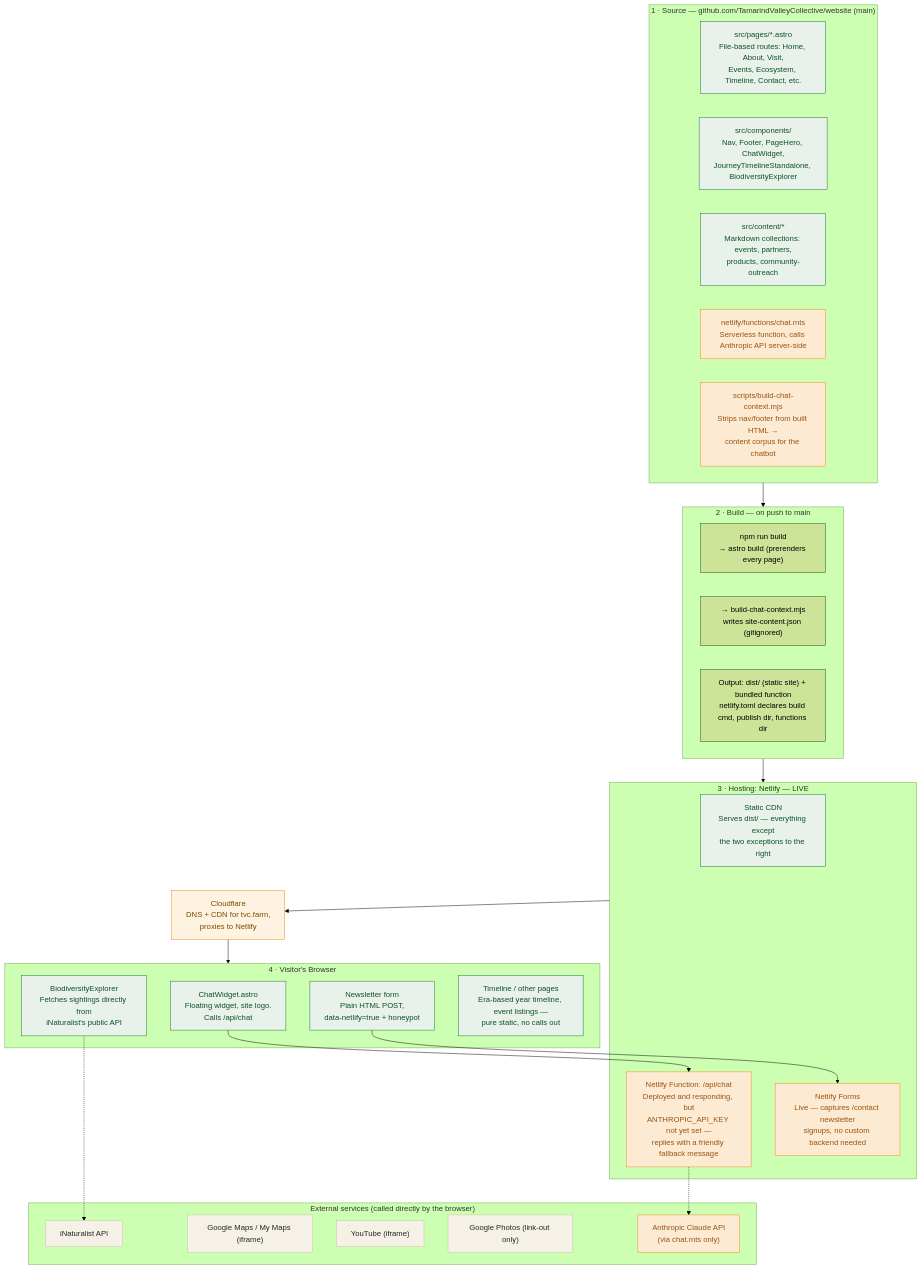
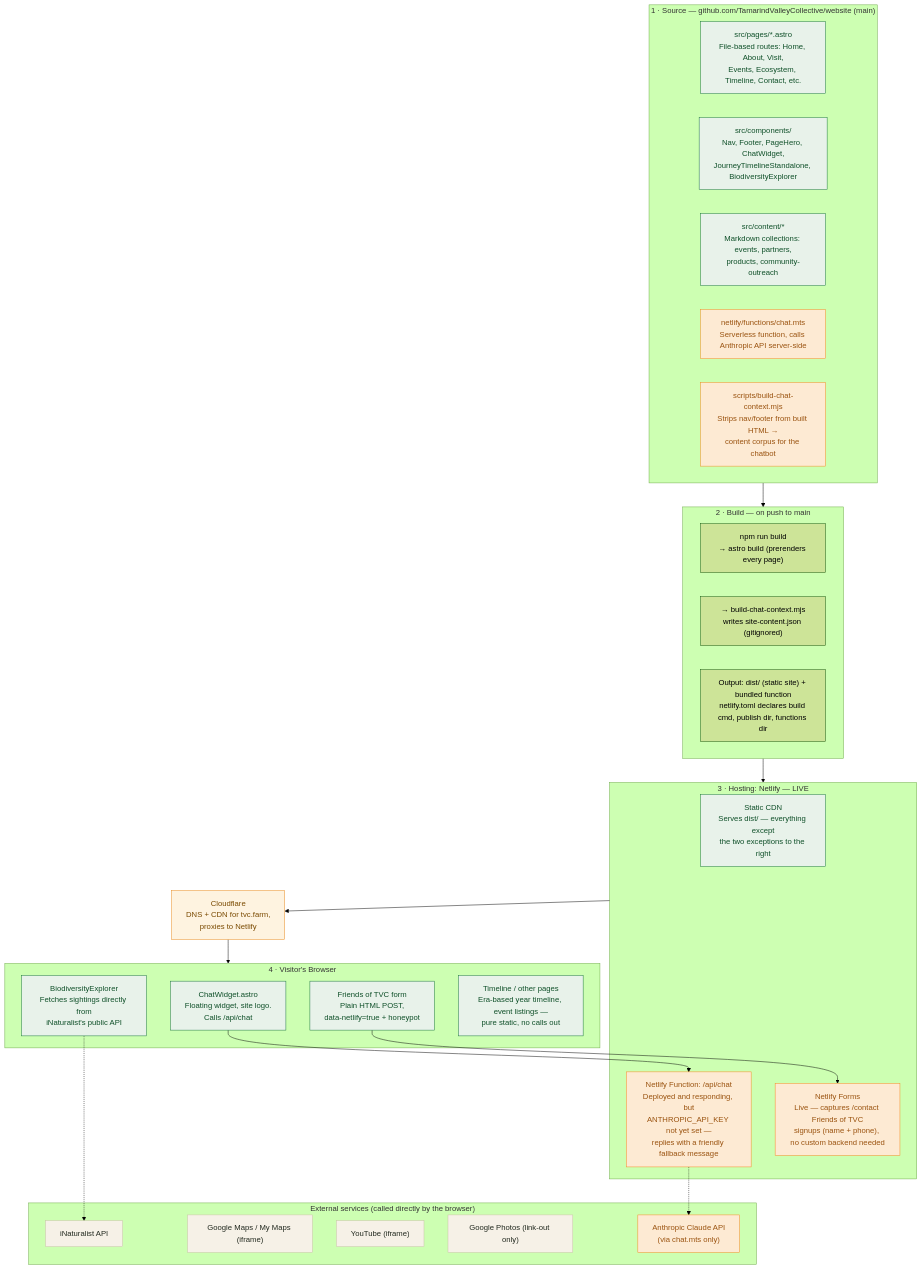
One commit to TamarindValleyCollective/website changed the diagram in ARCHITECTURE.md. Above: the diagram before and after it, drawn with Mermaid (forest theme). The commit also changed other lines of this file and 2 other files, not shown here.

First line of the commit message:
Replace newsletter signup with "Friends of TVC" WhatsApp signup

````diff
--- a/ARCHITECTURE.md
+++ b/ARCHITECTURE.md
@@ -19,58 +19,58 @@
 ```mermaid
 flowchart TD
     subgraph SRC["1 · Source — github.com/TamarindValleyCollective/website (main)"]
         PAGES["src/pages/*.astro<br/>File-based routes: Home, About, Visit,<br/>Events, Ecosystem, Timeline, Contact, etc."]
         COMPONENTS["src/components/<br/>Nav, Footer, PageHero, ChatWidget,<br/>JourneyTimelineStandalone, BiodiversityExplorer"]
         CONTENT["src/content/*<br/>Markdown collections: events, partners,<br/>products, community-outreach"]
         FUNC_SRC["netlify/functions/chat.mts<br/>Serverless function, calls Anthropic API server-side"]
         SCRIPT_SRC["scripts/build-chat-context.mjs<br/>Strips nav/footer from built HTML →<br/>content corpus for the chatbot"]
     end
 
     subgraph BUILD["2 · Build — on push to main"]
         B1["npm run build<br/>→ astro build (prerenders every page)"]
         B2["→ build-chat-context.mjs<br/>writes site-content.json (gitignored)"]
         B3["Output: dist/ (static site) + bundled function<br/>netlify.toml declares build cmd, publish dir, functions dir"]
     end
 
     subgraph HOST["3 · Hosting: Netlify — LIVE"]
         CDN["Static CDN<br/>Serves dist/ — everything except<br/>the two exceptions to the right"]
         APIFN["Netlify Function: /api/chat<br/>Deployed and responding, but<br/>ANTHROPIC_API_KEY not yet set —<br/>replies with a friendly fallback message"]
-        FORMS["Netlify Forms<br/>Live — captures /contact newsletter<br/>signups, no custom backend needed"]
+        FORMS["Netlify Forms<br/>Live — captures /contact Friends of TVC<br/>signups (name + phone), no custom backend needed"]
     end
 
     CF["Cloudflare<br/>DNS + CDN for tvc.farm,<br/>proxies to Netlify"]
 
     subgraph BROWSER["4 · Visitor's Browser"]
         CHATW["ChatWidget.astro<br/>Floating widget, site logo.<br/>Calls /api/chat"]
-        NEWS["Newsletter form<br/>Plain HTML POST,<br/>data-netlify=true + honeypot"]
+        NEWS["Friends of TVC form<br/>Plain HTML POST,<br/>data-netlify=true + honeypot"]
         BIODIV["BiodiversityExplorer<br/>Fetches sightings directly from<br/>iNaturalist's public API"]
         TIMELINE["Timeline / other pages<br/>Era-based year timeline, event listings —<br/>pure static, no calls out"]
     end
 
     subgraph EXTERNAL["External services (called directly by the browser)"]
         INAT["iNaturalist API"]
         GMAPS["Google Maps / My Maps (iframe)"]
         YT["YouTube (iframe)"]
         GPHOTOS["Google Photos (link-out only)"]
         ANTHROPIC["Anthropic Claude API<br/>(via chat.mts only)"]
     end
 
     SRC --> BUILD
     BUILD --> HOST
     HOST --> CF
     CF --> BROWSER
     BIODIV -.-> INAT
     APIFN -.-> ANTHROPIC
     CHATW --> APIFN
     NEWS --> FORMS
 
     classDef staticStyle fill:#e8f2ea,stroke:#17723b,color:#0f5029
     classDef netlifyStyle fill:#fdead3,stroke:#f78520,color:#9a5310
     classDef externalStyle fill:#f6f1e7,stroke:#c9c2a8,color:#22291f
     classDef cfStyle fill:#fef3e0,stroke:#e8891c,color:#7a4a00
 
     class PAGES,COMPONENTS,CONTENT,CHATW,NEWS,BIODIV,TIMELINE,CDN staticStyle
     class FUNC_SRC,SCRIPT_SRC,APIFN,FORMS,ANTHROPIC netlifyStyle
     class INAT,GMAPS,YT,GPHOTOS externalStyle
     class CF cfStyle
 ```
````
